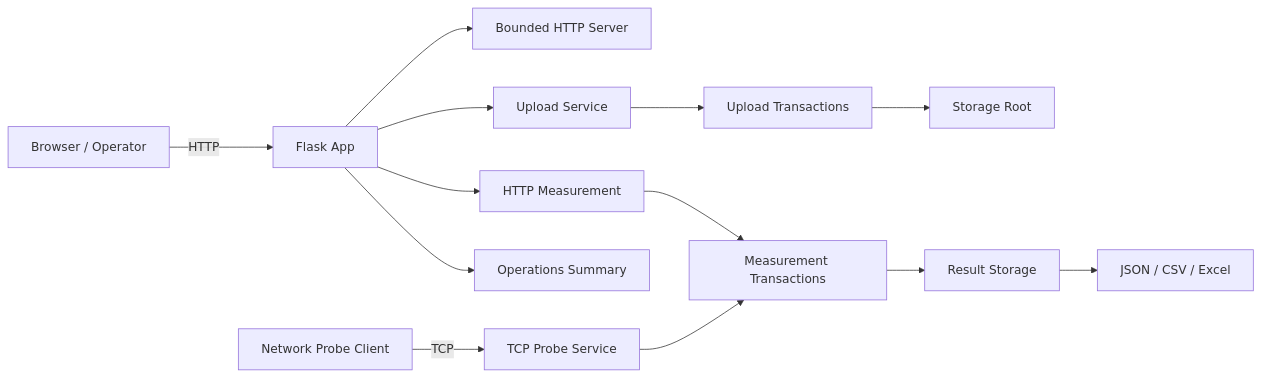
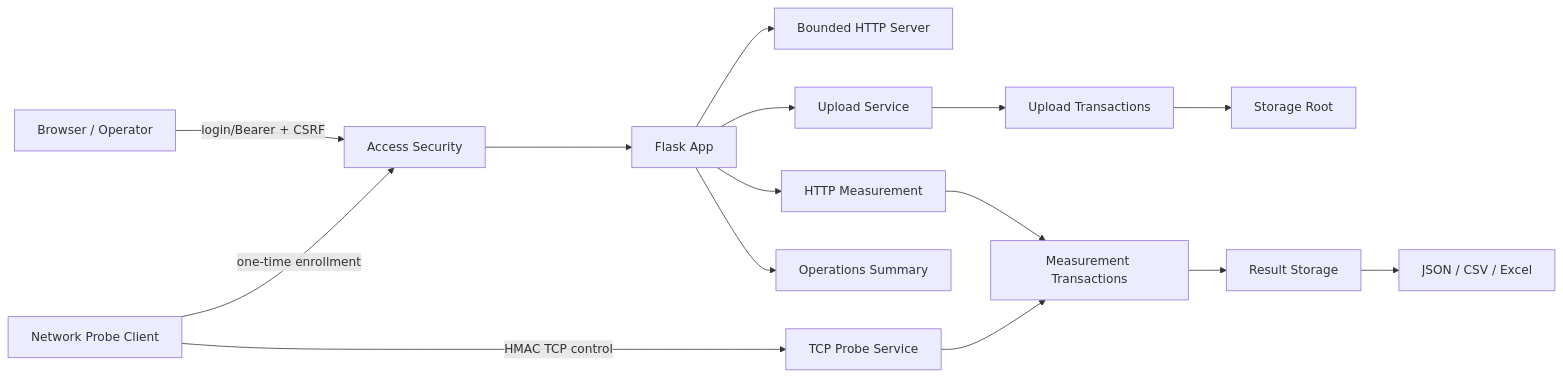
One commit to sebia1993/internal-network-transfer-diagnostics changed the diagram in docs/ARCHITECTURE.md. Above: the diagram before and after it, drawn with Mermaid. The commit also changed other lines of this file and 54 other files, not shown here.

````diff
--- a/docs/ARCHITECTURE.md
+++ b/docs/ARCHITECTURE.md
@@ -9,18 +9,20 @@
 ```mermaid
 flowchart LR
-    B["Browser / Operator"] -->|"HTTP"| APP["Flask App"]
+    B["Browser / Operator"] -->|"login/Bearer + CSRF"| AUTH["Access Security"]
+    AUTH --> APP["Flask App"]
     APP --> BOUND["Bounded HTTP Server"]
     APP --> UPLOAD["Upload Service"]
     APP --> SUSTAINED["HTTP Measurement"]
     APP --> OPS["Operations Summary"]
 
-    CLIENT["Network Probe Client"] -->|"TCP"| PROBE["TCP Probe Service"]
+    CLIENT["Network Probe Client"] -->|"one-time enrollment"| AUTH
+    CLIENT -->|"HMAC TCP control"| PROBE["TCP Probe Service"]
 
     UPLOAD --> UTX["Upload Transactions"]
     SUSTAINED --> MTX["Measurement Transactions"]
     PROBE --> MTX
 
     UTX --> STORAGE["Storage Root"]
     MTX --> RESULTS["Result Storage"]
     RESULTS --> DATA["JSON / CSV / Excel"]
 ```
````
